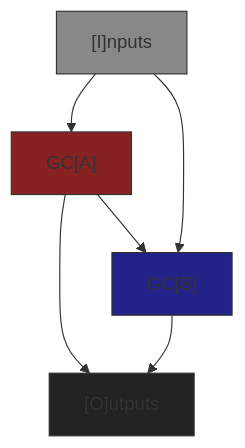
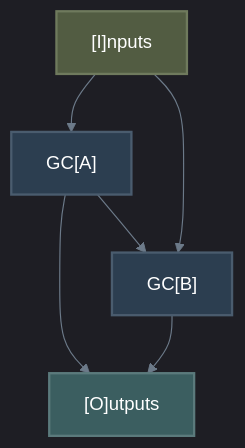
The fifth of 7 diagrams in docs/components/core/genetic_code/graph.md (Shapedsundew9/erasmus-gp), drawn with Mermaid before and after one commit. The commit also changed other lines of this file and 21 other files, not shown here.

First line of the commit message:
Enhance Mermaid Diagrams and Color Consistency Across Documentation

````diff
--- a/docs/components/core/genetic_code/graph.md
+++ b/docs/components/core/genetic_code/graph.md
@@ -353,21 +323,17 @@
 ```mermaid
-%% Standard GC
+%%{init: { 'theme': 'dark', 'themeVariables': { 'lineColor': '#6c7a89', 'textColor': '#edf2f4', 'mainBkg': '#2b2d42', 'primaryBorderColor': '#4a4e69' }}}%%
 flowchart TB
-    I["[I]nputs"]
-    A["GC[A]"]
-    B["GC[B]"]
-    O["[O]utputs"]
+    %% Base/Default (Dark Slate)
+    classDef default fill:#2b2d42,stroke:#4a4e69,stroke-width:2px,color:#edf2f4
+    classDef dataTeal fill:#3b5e60,stroke:#5b7a7c,stroke-width:2px,color:#ffffff
+    classDef dataOlive fill:#525c42,stroke:#6f7a5d,stroke-width:2px,color:#ffffff
+    classDef dataNavy fill:#2c3e50,stroke:#4a5c6e,stroke-width:2px,color:#ffffff
+
+    I["[I]nputs"]:::dataOlive
+    A["GC[A]"]:::dataNavy
+    B["GC[B]"]:::dataNavy
+    O["[O]utputs"]:::dataTeal
     A --> O
     I --> A --> B --> O
     I --> B
-    
-classDef Icd fill:#888888,stroke:#333,stroke-width:1px
-classDef Acd fill:#882222,stroke:#333,stroke-width:1px
-classDef Bcd fill:#222288,stroke:#333,stroke-width:1px
-classDef Ocd fill:#222222,stroke:#333,stroke-width:1px
-
-class I Icd
-class A Acd
-class B Bcd
-class O Ocd
 ```
````
